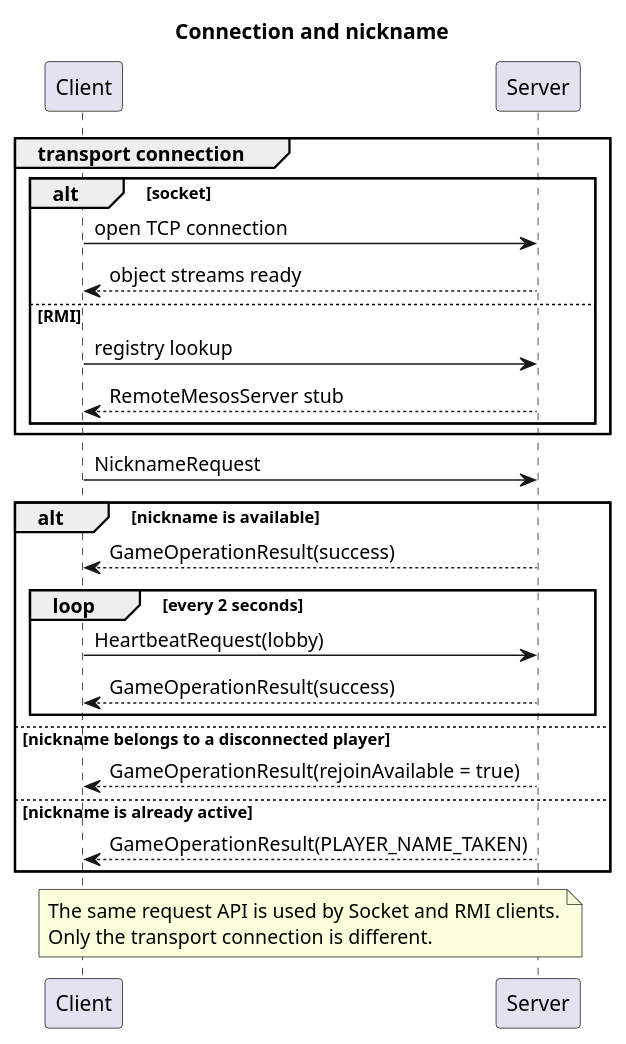
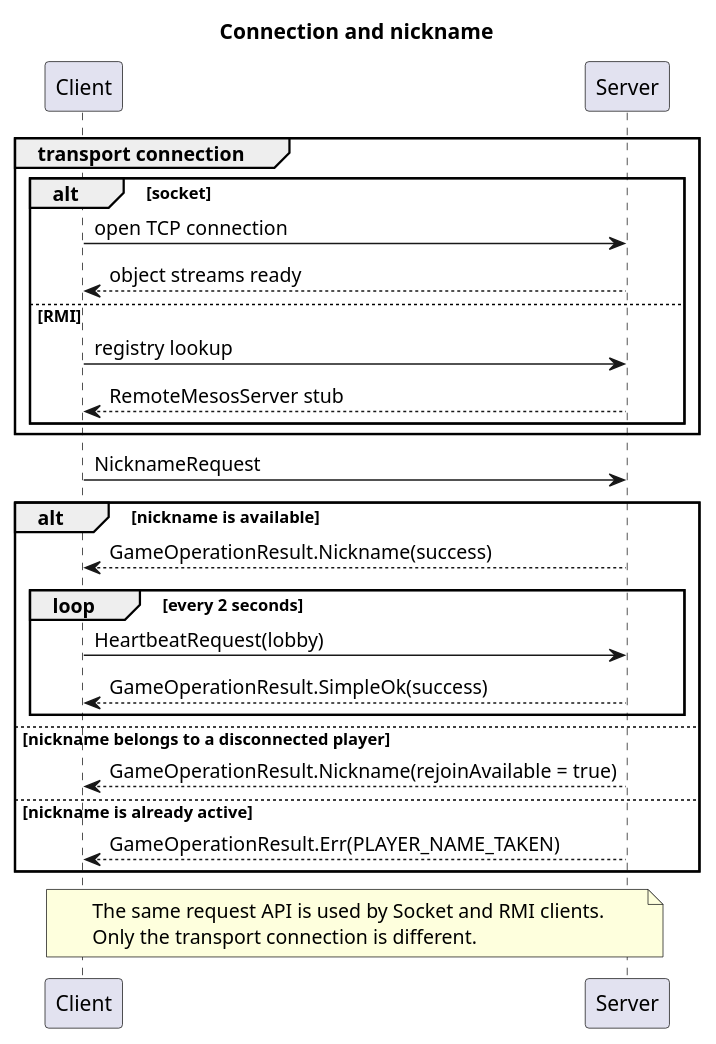
Before and after one commit to matteoroda05/Mesos: the diagram in UML_Diagram/SequenceDiagrams/01-connection-and-nickname.puml, drawn with PlantUML. The commit also changed 9 other files, not shown here.

Commit message:
docs(sequence diagrams): update sequence diagrams to reflect new GameOperationResult structure

```diff
--- a/UML_Diagram/SequenceDiagrams/01-connection-and-nickname.puml
+++ b/UML_Diagram/SequenceDiagrams/01-connection-and-nickname.puml
@@ -1,37 +1,37 @@
 @startuml
 
 title Connection and nickname
 
 participant Client
 participant Server
 
 group transport connection
 alt socket
 Client->Server: open TCP connection
 Server-->Client: object streams ready
 else RMI
 Client->Server: registry lookup
 Server-->Client: RemoteMesosServer stub
 end
 end
 
 Client->Server: NicknameRequest
 
 alt nickname is available
-Server-->Client: GameOperationResult(success)
+Server-->Client: GameOperationResult.Nickname(success)
 loop every 2 seconds
 Client->Server: HeartbeatRequest(lobby)
-Server-->Client: GameOperationResult(success)
+Server-->Client: GameOperationResult.SimpleOk(success)
 end
 else nickname belongs to a disconnected player
-Server-->Client: GameOperationResult(rejoinAvailable = true)
+Server-->Client: GameOperationResult.Nickname(rejoinAvailable = true)
 else nickname is already active
-Server-->Client: GameOperationResult(PLAYER_NAME_TAKEN)
+Server-->Client: GameOperationResult.Err(PLAYER_NAME_TAKEN)
 end
 
 note over Client, Server
 The same request API is used by Socket and RMI clients.
 Only the transport connection is different.
 end note
 
 @enduml
```
